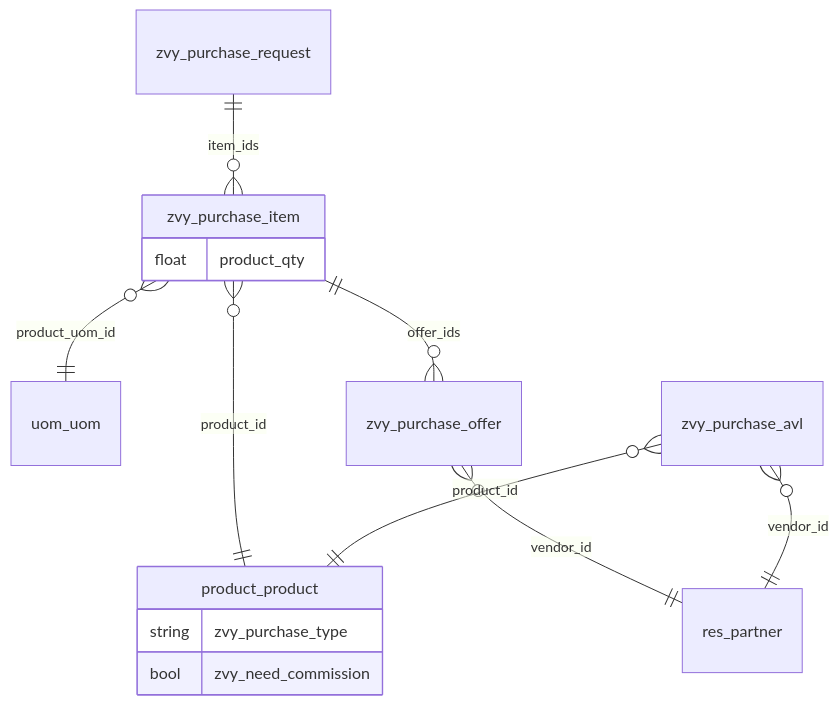
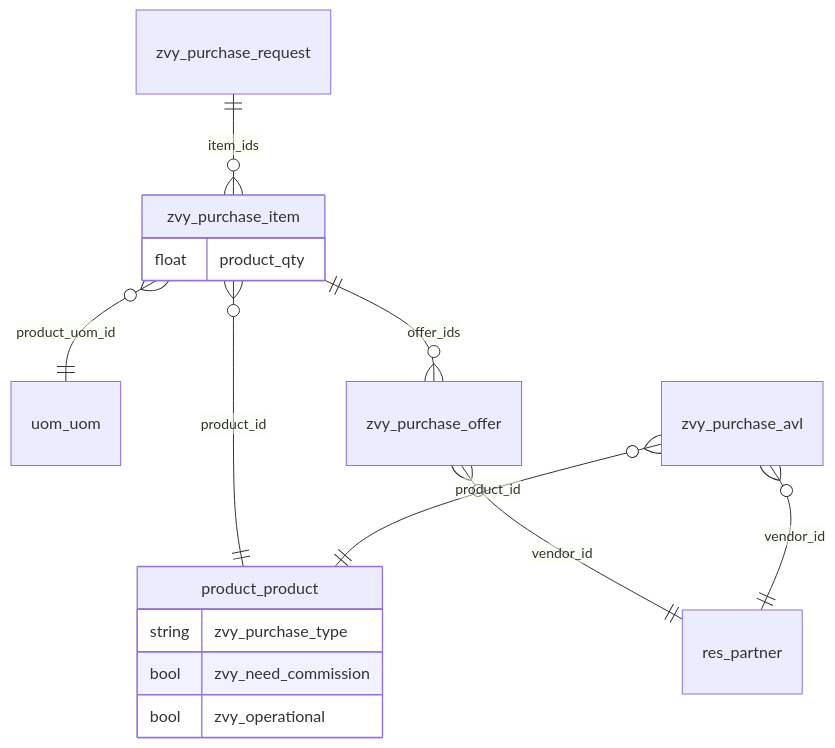
One commit to MohamadAzarifar/odoo-18-mammut changed the diagram in odoo/addons/zvy_purchase/Architecture.md. Above: the diagram before and after it, drawn with Mermaid. The commit also changed other lines of this file and 24 other files, not shown here.

````diff
--- a/odoo/addons/zvy_purchase/Architecture.md
+++ b/odoo/addons/zvy_purchase/Architecture.md
@@ -47,17 +50,18 @@
 ```mermaid
 erDiagram
     zvy_purchase_request ||--o{ zvy_purchase_item : item_ids
     zvy_purchase_item }o--|| product_product : product_id
     zvy_purchase_item }o--|| uom_uom : product_uom_id
     zvy_purchase_item ||--o{ zvy_purchase_offer : offer_ids
     zvy_purchase_offer }o--|| res_partner : vendor_id
     zvy_purchase_avl }o--|| res_partner : vendor_id
     zvy_purchase_avl }o--|| product_product : product_id
     product_product {
         string zvy_purchase_type
         bool zvy_need_commission
+        bool zvy_operational
     }
     zvy_purchase_item {
         float product_qty
     }
 ```
````
